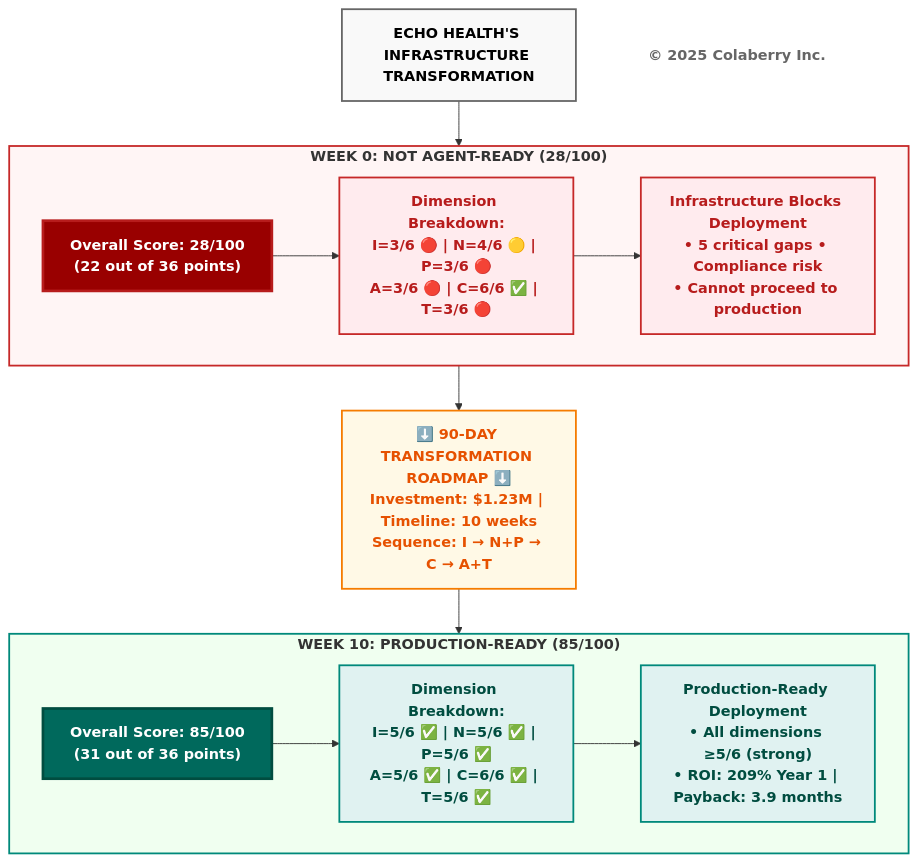
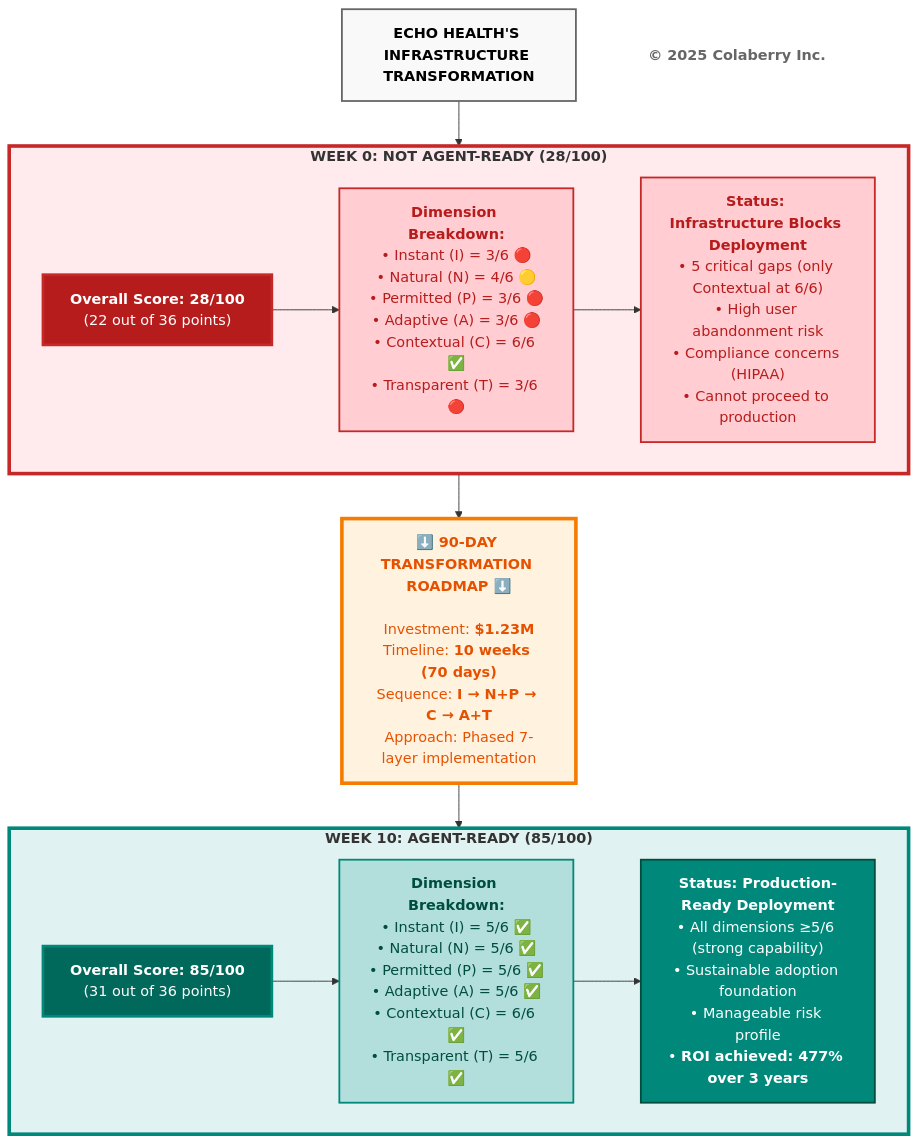
Before and after one commit to colaberry/trust-before-intelligence-book: the third of 9 diagrams in manuscript/chapter_2_inpact_framework_v2_1.md, drawn with Mermaid. The commit also changed other lines of this file and 1 other file, not shown here.

First line of the commit message:
Revert "updated diagrams"

````diff
--- a/manuscript/chapter_2_inpact_framework_v2_1.md
+++ b/manuscript/chapter_2_inpact_framework_v2_1.md
@@ -73,50 +214,49 @@
 ```mermaid
 graph TB
     TITLE["<b>ECHO HEALTH'S INFRASTRUCTURE TRANSFORMATION</b>"]
     
     TITLE --> BEFORE
     
     subgraph BEFORE["<b>WEEK 0: NOT AGENT-READY (28/100)</b>"]
-        B_SCORE["<b>Overall Score: 28/100</b><br/><b>(22 out of 36 points)</b>"]
+        B_SCORE["<b>Overall Score: 28/100</b><br/>(22 out of 36 points)"]
         
-        B_DIMS["<b>Dimension Breakdown:</b><br/><b>I=3/6 🔴 | N=4/6 🟡 | P=3/6 🔴</b><br/><b>A=3/6 🔴 | C=6/6 ✅ | T=3/6 🔴</b>"]
+        B_DIMS["<b>Dimension Breakdown:</b><br/>• Instant (I) = 3/6 🔴<br/>• Natural (N) = 4/6 🟡<br/>• Permitted (P) = 3/6 🔴<br/>• Adaptive (A) = 3/6 🔴<br/>• Contextual (C) = 6/6 ✅<br/>• Transparent (T) = 3/6 🔴"]
         
-        B_STATUS["<b>Infrastructure Blocks Deployment</b><br/><b>• 5 critical gaps • Compliance risk</b><br/><b>• Cannot proceed to production</b>"]
+        B_STATUS["<b>Status: Infrastructure Blocks Deployment</b><br/>• 5 critical gaps (only Contextual at 6/6)<br/>• High user abandonment risk<br/>• Compliance concerns (HIPAA)<br/>• Cannot proceed to production"]
         
         B_SCORE --> B_DIMS
         B_DIMS --> B_STATUS
     end
     
-    BEFORE --> TRANSFORM["<b>⬇️ 90-DAY TRANSFORMATION ROADMAP ⬇️</b><br/><b>Investment: $1.23M | Timeline: 10 weeks</b><br/><b>Sequence: I → N+P → C → A+T</b>"]
+    BEFORE --> TRANSFORM["<b>⬇️ 90-DAY TRANSFORMATION ROADMAP ⬇️</b><br/><br/>Investment: <b>$1.23M</b><br/>Timeline: <b>10 weeks (70 days)</b><br/>Sequence: <b>I → N+P → C → A+T</b><br/>Approach: Phased 7-layer implementation"]
     
     TRANSFORM --> AFTER
     
-    subgraph AFTER["<b>WEEK 10: PRODUCTION-READY (85/100)</b>"]
-        A_SCORE["<b>Overall Score: 85/100</b><br/><b>(31 out of 36 points)</b>"]
+    subgraph AFTER["<b>WEEK 10: AGENT-READY (85/100)</b>"]
+        A_SCORE["<b>Overall Score: 85/100</b><br/>(31 out of 36 points)"]
         
-        A_DIMS["<b>Dimension Breakdown:</b><br/><b>I=5/6 ✅ | N=5/6 ✅ | P=5/6 ✅</b><br/><b>A=5/6 ✅ | C=6/6 ✅ | T=5/6 ✅</b>"]
+        A_DIMS["<b>Dimension Breakdown:</b><br/>• Instant (I) = 5/6 ✅<br/>• Natural (N) = 5/6 ✅<br/>• Permitted (P) = 5/6 ✅<br/>• Adaptive (A) = 5/6 ✅<br/>• Contextual (C) = 6/6 ✅<br/>• Transparent (T) = 5/6 ✅"]
         
-        A_STATUS["<b>Production-Ready Deployment</b><br/><b>• All dimensions ≥5/6 (strong)</b><br/><b>• ROI: 209% Year 1 | Payback: 3.9 months</b>"]
+        A_STATUS["<b>Status: Production-Ready Deployment</b><br/>• All dimensions ≥5/6 (strong capability)<br/>• Sustainable adoption foundation<br/>• Manageable risk profile<br/>• <b>ROI achieved: 477% over 3 years</b>"]
         
         A_SCORE --> A_DIMS
         A_DIMS --> A_STATUS
     end
     
-    COPYRIGHT["<b>© 2025 Colaberry Inc.</b>"]
-    
     style TITLE fill:#f9f9f9,stroke:#666666,stroke-width:2px,color:#000000
     
-    style BEFORE fill:#fff5f5,stroke:#c62828,stroke-width:2px
-    style B_SCORE fill:#990000,color:#ffffff,stroke:#b71c1c,stroke-width:3px
-    style B_DIMS fill:#ffebee,stroke:#c62828,stroke-width:2px,color:#b71c1c
-    style B_STATUS fill:#ffebee,stroke:#c62828,stroke-width:2px,color:#b71c1c
+    style BEFORE fill:#ffebee,stroke:#c62828,stroke-width:4px
+    style B_SCORE fill:#b71c1c,color:#ffffff,stroke:#c62828,stroke-width:3px
+    style B_DIMS fill:#ffcdd2,stroke:#c62828,stroke-width:2px,color:#b71c1c
+    style B_STATUS fill:#ffcdd2,stroke:#c62828,stroke-width:2px,color:#b71c1c
     
-    style TRANSFORM fill:#fff9e6,stroke:#f57c00,stroke-width:2px,color:#e65100
+    style TRANSFORM fill:#fff3e0,stroke:#f57c00,stroke-width:4px,color:#e65100
     
-    style AFTER fill:#f0fff0,stroke:#00897b,stroke-width:2px
-    style A_SCORE fill:#00695c,color:#ffffff,stroke:#004d40,stroke-width:3px
-    style A_DIMS fill:#e0f2f1,stroke:#00897b,stroke-width:2px,color:#004d40
-    style A_STATUS fill:#e0f2f1,stroke:#00897b,stroke-width:2px,color:#004d40
+    style AFTER fill:#e0f2f1,stroke:#00897b,stroke-width:4px
+    style A_SCORE fill:#00695c,color:#ffffff,stroke:#00897b,stroke-width:3px
+    style A_DIMS fill:#b2dfdb,stroke:#00897b,stroke-width:2px,color:#004d40
+    style A_STATUS fill:#00897b,color:#ffffff,stroke:#004d40,stroke-width:2px
     
-    style COPYRIGHT fill:#ffffff,stroke:none,color:#666666
+    Copyright["<b>© 2025 Colaberry Inc.</b>"]
+    style Copyright fill:#ffffff,stroke:none,color:#666666
 ```
````
